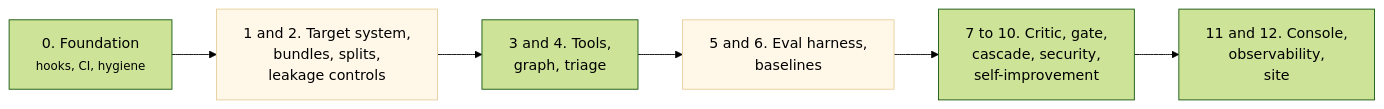
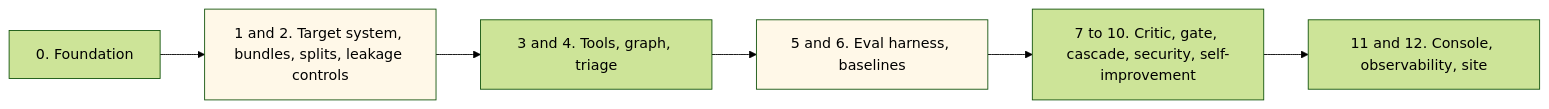
The diagram in explainer/decisions.qmd (hoomanesteki/firebreak-ai-sre-agent), drawn with Mermaid (forest theme) before and after one commit. The commit also changed 4 other files, not shown here.

First line of the commit message:
fix(site): make the diagrams render and the prose plain

````diff
--- a/explainer/decisions.qmd
+++ b/explainer/decisions.qmd
@@ -11,10 +11,10 @@
 ```{mermaid}
 flowchart LR
-  P0["0. Foundation<br/><small>hooks, CI, hygiene</small>"] --> P1["1 and 2. Target system,<br/>bundles, splits,<br/>leakage controls"]
-  P1 --> P2["3 and 4. Tools,<br/>graph, triage"]
-  P2 --> P3["5 and 6. Eval harness,<br/>baselines"]
-  P3 --> P4["7 to 10. Critic, gate,<br/>cascade, security,<br/>self-improvement"]
-  P4 --> P5["11 and 12. Console,<br/>observability,<br/>site"]
-  style P1 fill:#fff8e8,stroke:#e6cf9a
-  style P3 fill:#fff8e8,stroke:#e6cf9a
+  P0["0. Foundation"] --> P1["1 and 2. Target system, bundles, splits, leakage controls"]
+  P1 --> P2["3 and 4. Tools, graph, triage"]
+  P2 --> P3["5 and 6. Eval harness, baselines"]
+  P3 --> P4["7 to 10. Critic, gate, cascade, security, self-improvement"]
+  P4 --> P5["11 and 12. Console, observability, site"]
+  style P1 fill:#fff8e8
+  style P3 fill:#fff8e8
 ```
````
